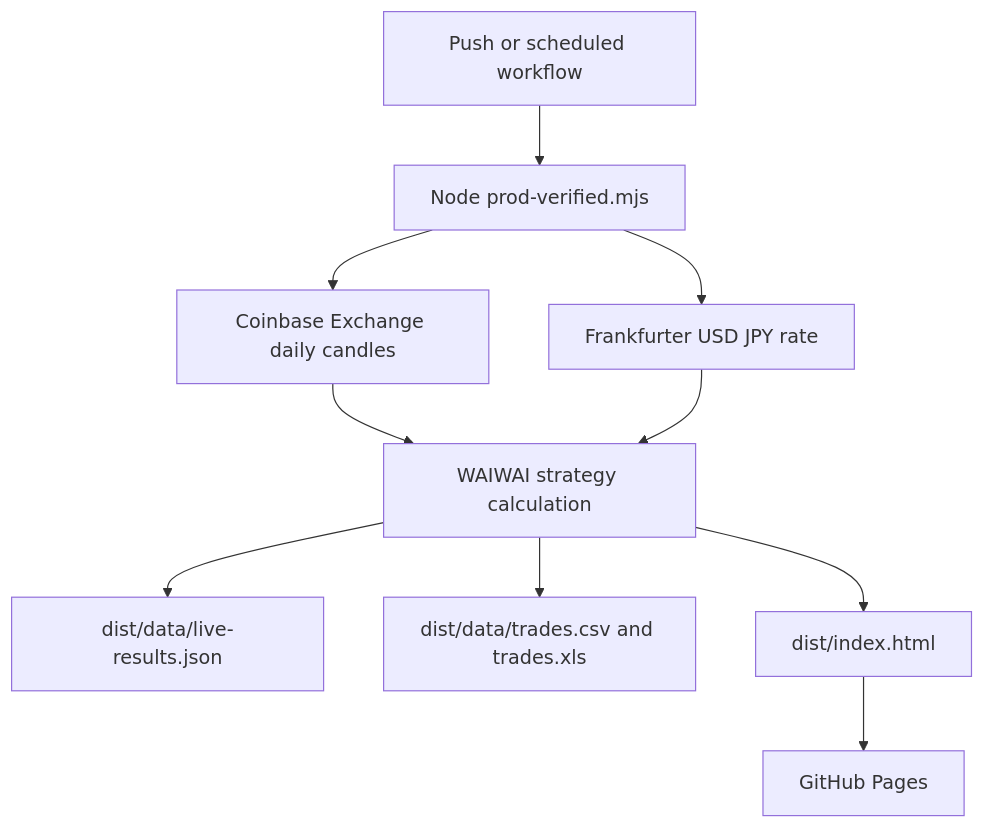
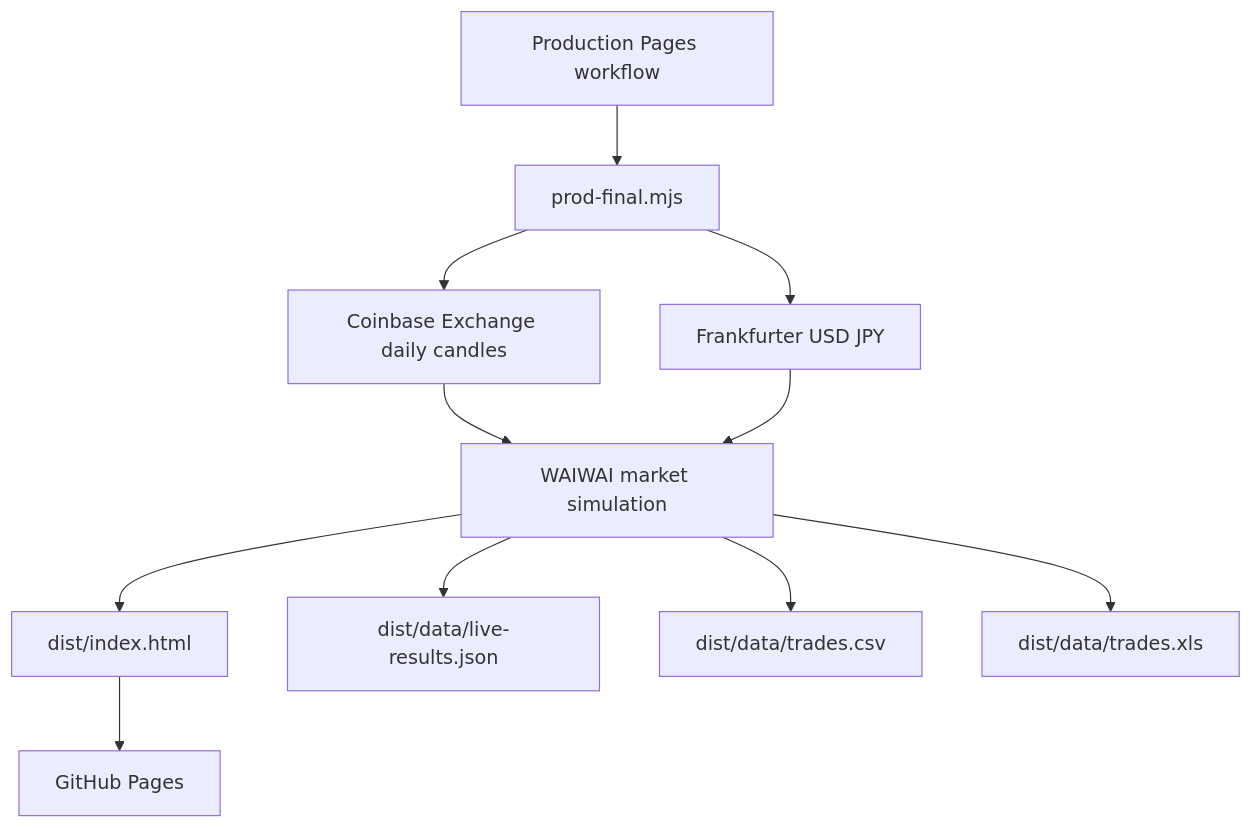
One commit to univcorp2-ctrl/crypto-auto-trade-sim changed the diagram in docs/architecture.md. Above: the diagram before and after it, drawn with Mermaid. The commit also changed other lines of this file, not shown here.

Commit message:
Switch to compact final production builder

````diff
--- a/docs/architecture.md
+++ b/docs/architecture.md
@@ -5,12 +9,13 @@
 ```mermaid
 flowchart TD
-  A[Push or scheduled workflow] --> B[Node prod-verified.mjs]
+  A[Production Pages workflow] --> B[prod-final.mjs]
   B --> C[Coinbase Exchange daily candles]
-  B --> D[Frankfurter USD JPY rate]
-  C --> E[WAIWAI strategy calculation]
+  B --> D[Frankfurter USD JPY]
+  C --> E[WAIWAI market simulation]
   D --> E
-  E --> F[dist/data/live-results.json]
-  E --> G[dist/data/trades.csv and trades.xls]
-  E --> H[dist/index.html]
-  H --> I[GitHub Pages]
+  E --> F[dist/index.html]
+  E --> G[dist/data/live-results.json]
+  E --> H[dist/data/trades.csv]
+  E --> I[dist/data/trades.xls]
+  F --> J[GitHub Pages]
 ```
````
